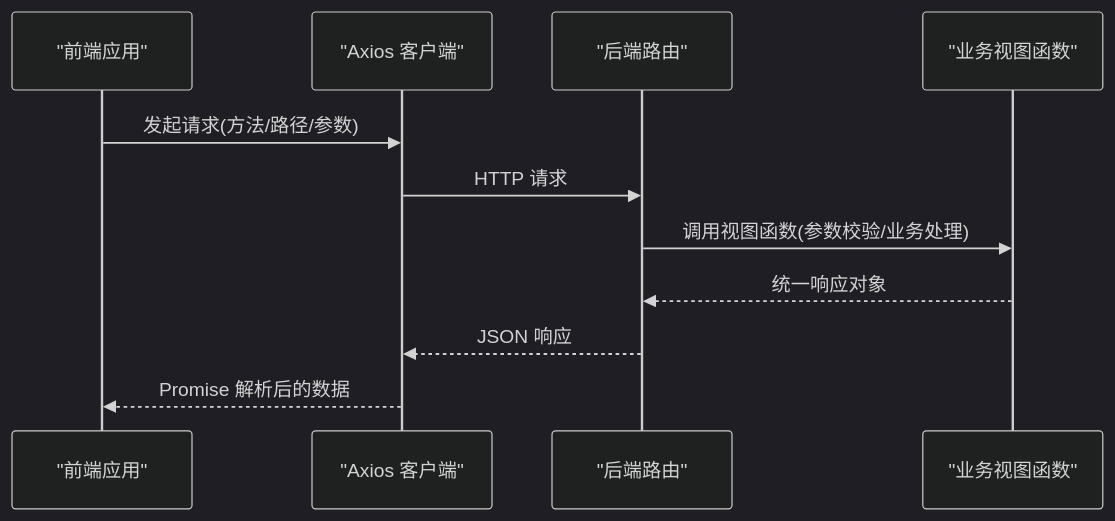
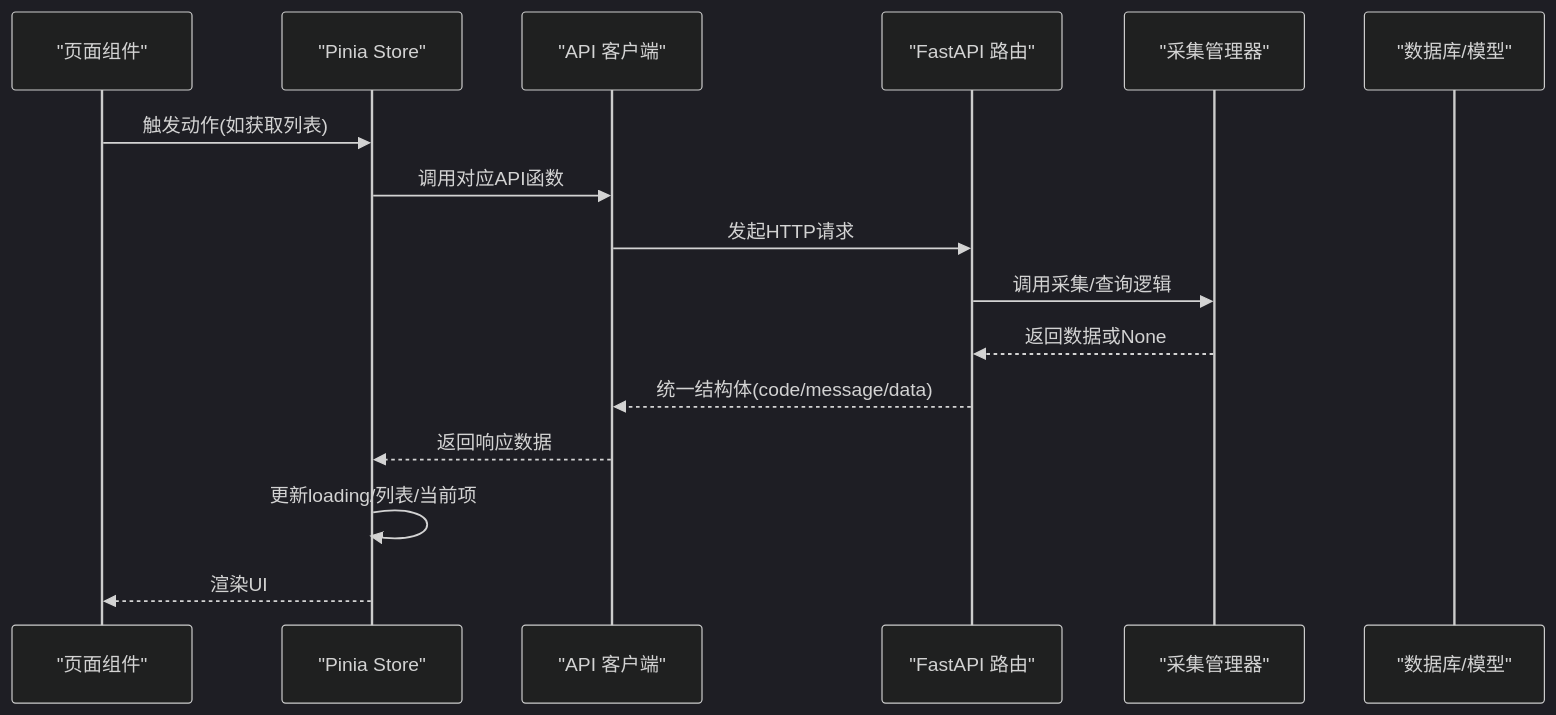
One commit to We3le7/stock-view changed the second of 9 diagrams in .qoder/repowiki/zh/content/前端开发/API客户端.md. Above: the diagram before and after it, drawn with Mermaid (dark theme). The commit also changed other lines of this file and 142 other files, not shown here.

````diff
--- a/.qoder/repowiki/zh/content/前端开发/API客户端.md
+++ b/.qoder/repowiki/zh/content/前端开发/API客户端.md
@@ -86,13 +121,18 @@
 ```mermaid
 sequenceDiagram
-participant C as "前端应用"
-participant AX as "Axios 客户端"
-participant API as "后端路由"
-participant SVC as "业务视图函数"
-C->>AX : 发起请求(方法/路径/参数)
-AX->>API : HTTP 请求
-API->>SVC : 调用视图函数(参数校验/业务处理)
-SVC-->>API : 统一响应对象
-API-->>AX : JSON 响应
-AX-->>C : Promise 解析后的数据
+participant View as "页面组件"
+participant Store as "Pinia Store"
+participant API as "API 客户端"
+participant Router as "FastAPI 路由"
+participant Manager as "采集管理器"
+participant DB as "数据库/模型"
+View->>Store : 触发动作(如获取列表)
+Store->>API : 调用对应API函数
+API->>Router : 发起HTTP请求
+Router->>Manager : 调用采集/查询逻辑
+Manager-->>Router : 返回数据或None
+Router-->>API : 统一结构体(code/message/data)
+API-->>Store : 返回响应数据
+Store->>Store : 更新loading/列表/当前项
+Store-->>View : 渲染UI
 ```
````
